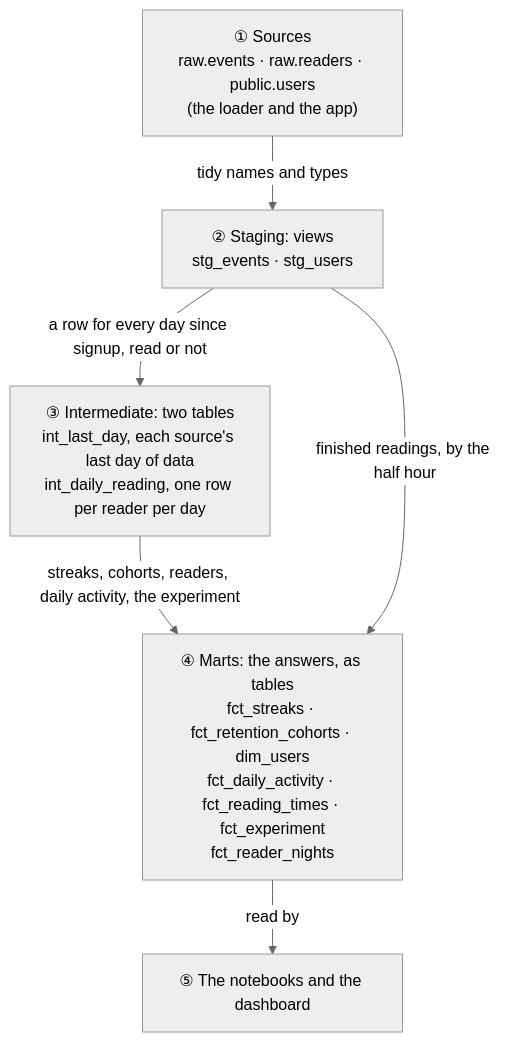
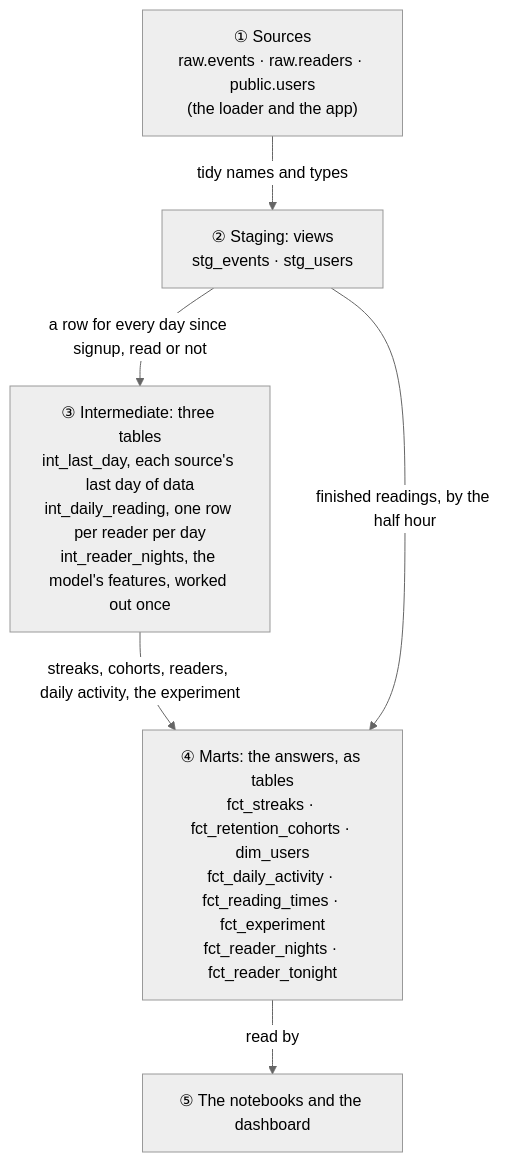
The diagram in analytics/README.md (OGobidike/Morning-Manna), drawn with Mermaid (neutral theme) before and after one commit. The commit also changed other lines of this file and 16 other files, not shown here.

Commit message:
Score tonight's streaks and flag who gets a nudge (Card 7.5) (#75)

````diff
--- a/analytics/README.md
+++ b/analytics/README.md
@@ -71,13 +71,13 @@
 ```mermaid
 flowchart TD
     S["① Sources<br/>raw.events · raw.readers · public.users<br/>(the loader and the app)"]
     G["② Staging: views<br/>stg_events · stg_users"]
-    I["③ Intermediate: two tables<br/>int_last_day, each source's last day of data<br/>int_daily_reading, one row per reader per day"]
-    M["④ Marts: the answers, as tables<br/>fct_streaks · fct_retention_cohorts · dim_users<br/>fct_daily_activity · fct_reading_times · fct_experiment<br/>fct_reader_nights"]
+    I["③ Intermediate: three tables<br/>int_last_day, each source's last day of data<br/>int_daily_reading, one row per reader per day<br/>int_reader_nights, the model's features, worked out once"]
+    M["④ Marts: the answers, as tables<br/>fct_streaks · fct_retention_cohorts · dim_users<br/>fct_daily_activity · fct_reading_times · fct_experiment<br/>fct_reader_nights · fct_reader_tonight"]
     D["⑤ The notebooks and the dashboard"]
     S -->|tidy names and types| G
     G -->|a row for every day since signup, read or not| I
     I -->|streaks, cohorts, readers, daily activity, the experiment| M
     G -->|finished readings, by the half hour| M
     M -->|read by| D
 ```
````
